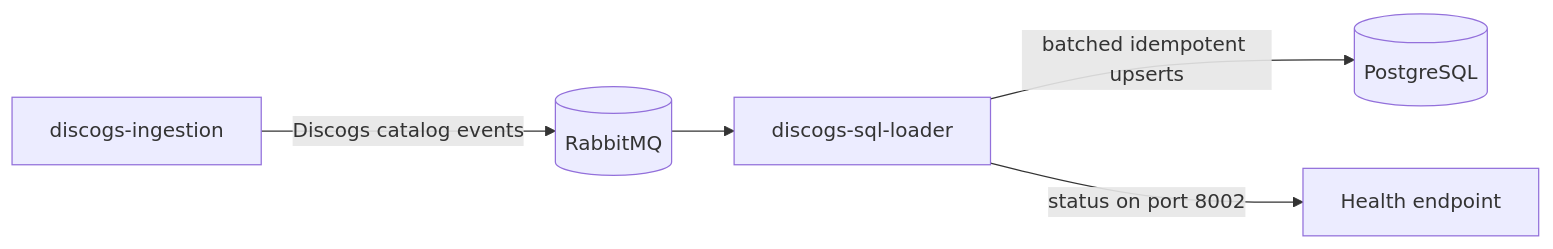
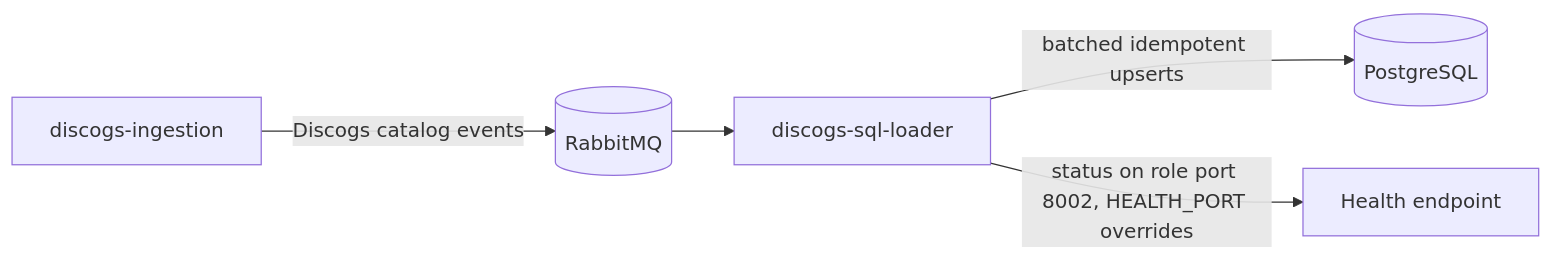
Before and after one commit to groovemap-music/discogs-sql-loader: the diagram in README.md, drawn with Mermaid. The commit also changed 7 other files, not shown here.

First line of the commit message:
feat(health): read tableinator health port from HEALTH_PORT

````diff
--- a/README.md
+++ b/README.md
@@ -7,7 +7,7 @@
 ```mermaid
 flowchart LR
     ingestion[discogs-ingestion] -->|Discogs catalog events| rabbit[(RabbitMQ)]
     rabbit --> loader[discogs-sql-loader]
     loader -->|batched idempotent upserts| postgres[(PostgreSQL)]
-    loader -->|status on port 8002| health[Health endpoint]
+    loader -->|status on role port 8002, HEALTH_PORT overrides| health[Health endpoint]
 ```
````
